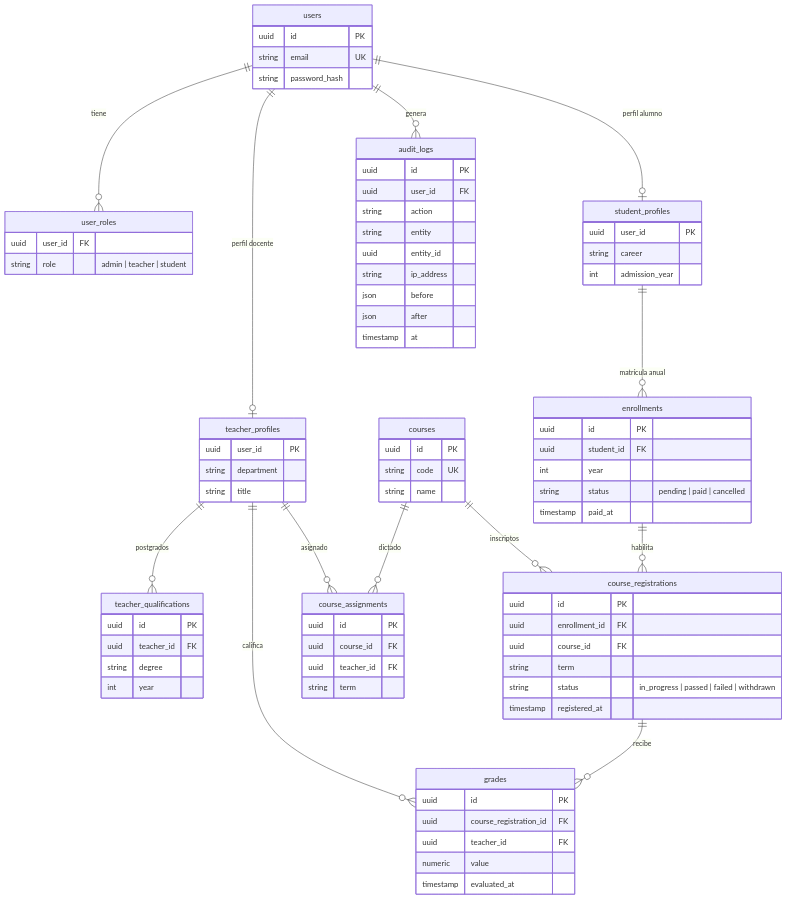
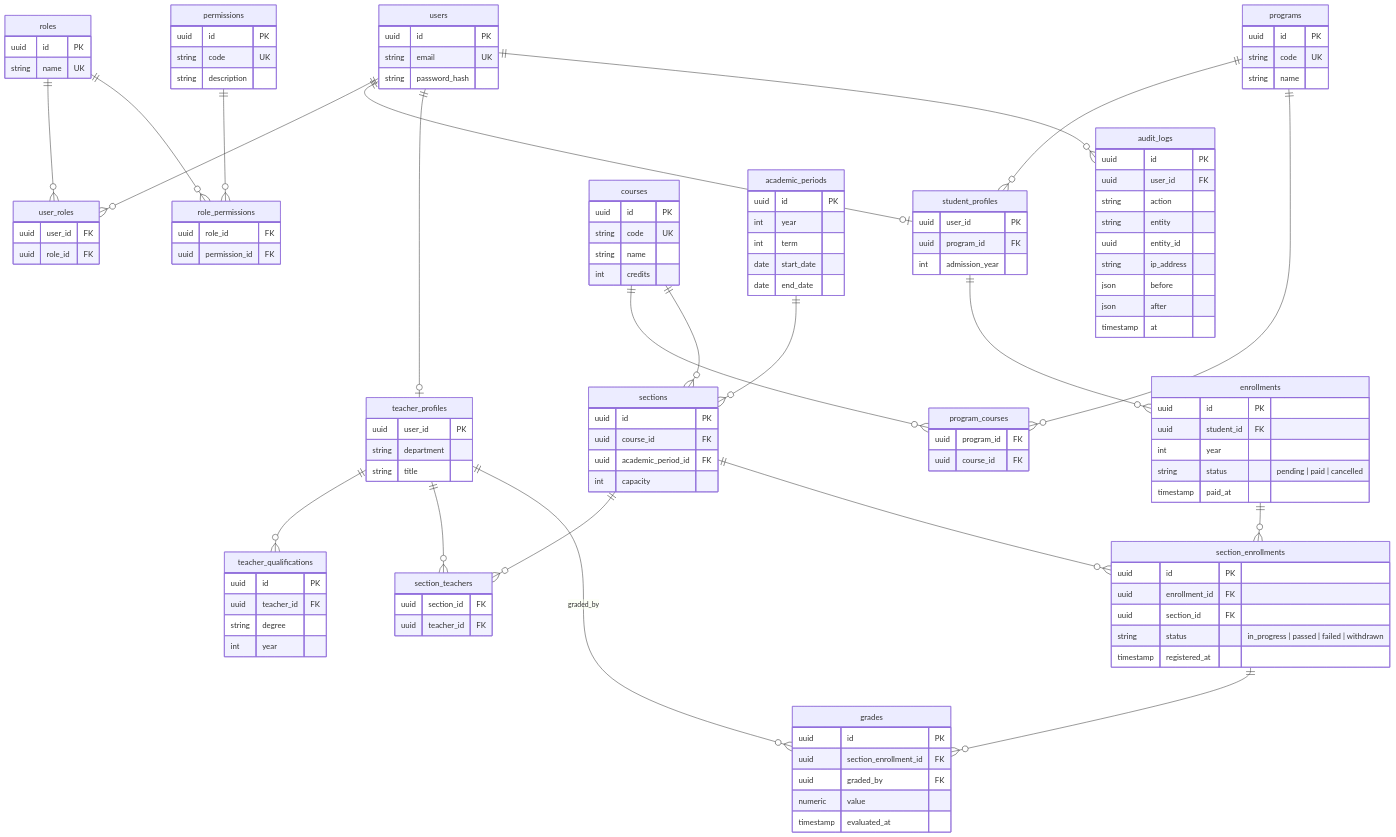
One commit to AlessandroRLM/infraestructura-y-servicios-cloud changed the fifth of 10 diagrams in docs/arquitectura/README.md. Above: the diagram before and after it, drawn with Mermaid. The commit also changed other lines of this file, not shown here.

Commit message:
docs: expande el modelo de datos del sistema académico
- RBAC data-driven: roles, permisos y sus relaciones
- catálogo académico: programas, asignaturas (M:N), períodos y secciones
- co-docencia vía section_teachers; matrícula anual + inscripción a secciones
- autorización por permiso + pertenencia; flujos y convención de metadata

````diff
--- a/docs/arquitectura/README.md
+++ b/docs/arquitectura/README.md
@@ -312,30 +312,51 @@
 ```mermaid
 erDiagram
-    users ||--o{ user_roles : "tiene"
-    users ||--o| student_profiles : "perfil alumno"
-    users ||--o| teacher_profiles : "perfil docente"
-    teacher_profiles ||--o{ teacher_qualifications : "postgrados"
-    student_profiles ||--o{ enrollments : "matrícula anual"
-    enrollments ||--o{ course_registrations : "habilita"
-    courses ||--o{ course_registrations : "inscriptos"
-    courses ||--o{ course_assignments : "dictado"
-    teacher_profiles ||--o{ course_assignments : "asignado"
-    course_registrations ||--o{ grades : "recibe"
-    teacher_profiles ||--o{ grades : "califica"
-    users ||--o{ audit_logs : "genera"
+    users ||--o{ user_roles : ""
+    roles ||--o{ user_roles : ""
+    roles ||--o{ role_permissions : ""
+    permissions ||--o{ role_permissions : ""
+    users ||--o| student_profiles : ""
+    users ||--o| teacher_profiles : ""
+    teacher_profiles ||--o{ teacher_qualifications : ""
+    programs ||--o{ student_profiles : ""
+    programs ||--o{ program_courses : ""
+    courses ||--o{ program_courses : ""
+    courses ||--o{ sections : ""
+    academic_periods ||--o{ sections : ""
+    sections ||--o{ section_teachers : ""
+    teacher_profiles ||--o{ section_teachers : ""
+    student_profiles ||--o{ enrollments : ""
+    enrollments ||--o{ section_enrollments : ""
+    sections ||--o{ section_enrollments : ""
+    section_enrollments ||--o{ grades : ""
+    teacher_profiles ||--o{ grades : "graded_by"
+    users ||--o{ audit_logs : ""
 
     users {
         uuid id PK
         string email UK
         string password_hash
     }
+    roles {
+        uuid id PK
+        string name UK
+    }
+    permissions {
+        uuid id PK
+        string code UK
+        string description
+    }
+    role_permissions {
+        uuid role_id FK
+        uuid permission_id FK
+    }
     user_roles {
         uuid user_id FK
-        string role "admin | teacher | student"
+        uuid role_id FK
     }
     student_profiles {
         uuid user_id PK
-        string career
+        uuid program_id FK
         int admission_year
     }
     teacher_profiles {
@@ -349,16 +370,37 @@
         string degree
         int year
     }
+    programs {
+        uuid id PK
+        string code UK
+        string name
+    }
     courses {
         uuid id PK
         string code UK
         string name
+        int credits
     }
-    course_assignments {
+    program_courses {
+        uuid program_id FK
+        uuid course_id FK
+    }
+    academic_periods {
+        uuid id PK
+        int year
+        int term
+        date start_date
+        date end_date
+    }
+    sections {
         uuid id PK
         uuid course_id FK
+        uuid academic_period_id FK
+        int capacity
+    }
+    section_teachers {
+        uuid section_id FK
         uuid teacher_id FK
-        string term
     }
     enrollments {
         uuid id PK
@@ -367,18 +409,17 @@
         string status "pending | paid | cancelled"
         timestamp paid_at
     }
-    course_registrations {
+    section_enrollments {
         uuid id PK
         uuid enrollment_id FK
-        uuid course_id FK
-        string term
+        uuid section_id FK
         string status "in_progress | passed | failed | withdrawn"
         timestamp registered_at
     }
     grades {
         uuid id PK
-        uuid course_registration_id FK
-        uuid teacher_id FK
+        uuid section_enrollment_id FK
+        uuid graded_by FK
         numeric value
         timestamp evaluated_at
     }
````
